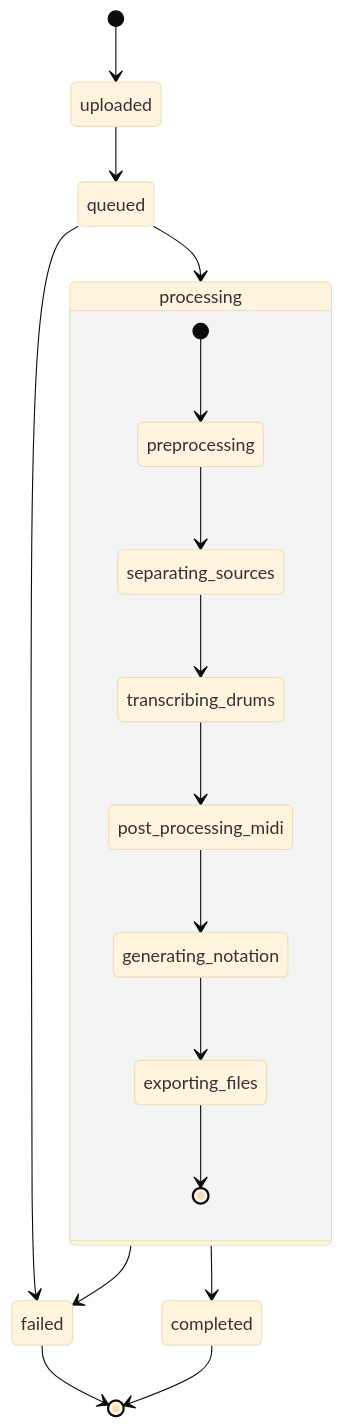
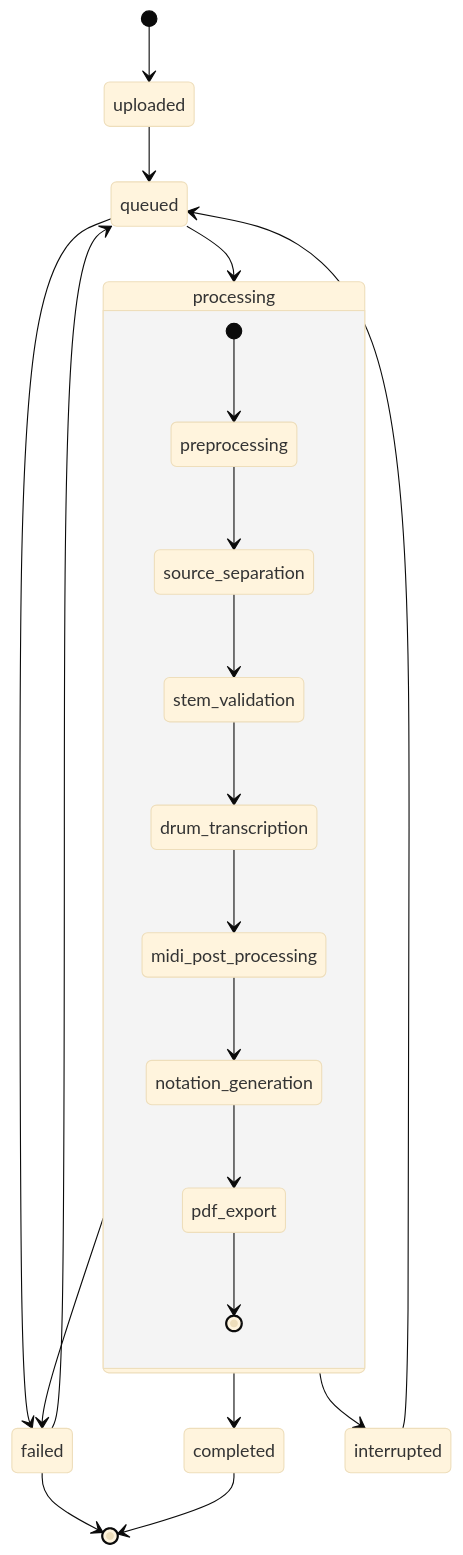
The second of 2 diagrams in docs/系統架構.md (newhandarky/GrooveScribe), drawn with Mermaid (base theme) before and after one commit. The commit also changed other lines of this file and 52 other files, not shown here.

````diff
--- a/docs/系統架構.md
+++ b/docs/系統架構.md
@@ -216,21 +279,25 @@
 ```mermaid
 stateDiagram-v2
     [*] --> uploaded
     uploaded --> queued
     queued --> processing
     processing --> completed
     processing --> failed
     queued --> failed
+    processing --> interrupted
+    interrupted --> queued
+    failed --> queued
     failed --> [*]
     completed --> [*]
 
     state processing {
         [*] --> preprocessing
-        preprocessing --> separating_sources
-        separating_sources --> transcribing_drums
-        transcribing_drums --> post_processing_midi
-        post_processing_midi --> generating_notation
-        generating_notation --> exporting_files
-        exporting_files --> [*]
+        preprocessing --> source_separation
+        source_separation --> stem_validation
+        stem_validation --> drum_transcription
+        drum_transcription --> midi_post_processing
+        midi_post_processing --> notation_generation
+        notation_generation --> pdf_export
+        pdf_export --> [*]
     }
 ```
````
